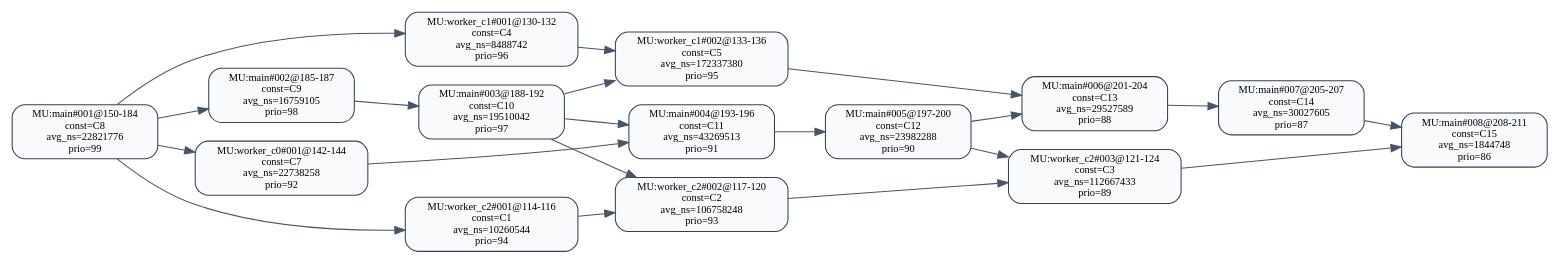
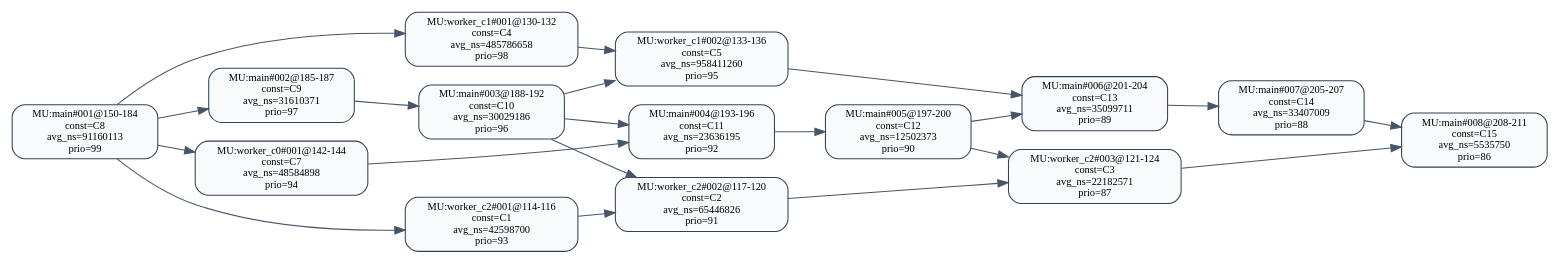
Before and after one commit to RTS-SYSU/DAG-Gen: the diagram in 中间结果/zhang2/pipeline/validation/level2/effective_line_merge/lpf/dag_seg_annotated.dot, drawn with Graphviz. The commit also changed 3421 other files, not shown here.

```diff
--- a/中间结果/zhang2/pipeline/validation/level2/effective_line_merge/lpf/dag_seg_annotated.dot
+++ b/中间结果/zhang2/pipeline/validation/level2/effective_line_merge/lpf/dag_seg_annotated.dot
@@ -1,38 +1,38 @@
 digraph dag_seg_annotated {
   rankdir=LR;
   node [shape=box, style="rounded,filled", fillcolor="#F8FAFC", color="#334155", fontsize=10];
   edge [color="#475569"];
-  "MU:main#001@150-184" [label="MU:main#001@150-184\nconst=C8\navg_ns=22821776\nprio=99"];
-  "MU:main#002@185-187" [label="MU:main#002@185-187\nconst=C9\navg_ns=16759105\nprio=98"];
-  "MU:main#003@188-192" [label="MU:main#003@188-192\nconst=C10\navg_ns=19510042\nprio=97"];
-  "MU:main#004@193-196" [label="MU:main#004@193-196\nconst=C11\navg_ns=43269513\nprio=91"];
-  "MU:main#005@197-200" [label="MU:main#005@197-200\nconst=C12\navg_ns=23982288\nprio=90"];
-  "MU:main#006@201-204" [label="MU:main#006@201-204\nconst=C13\navg_ns=29527589\nprio=88"];
-  "MU:main#007@205-207" [label="MU:main#007@205-207\nconst=C14\navg_ns=30027605\nprio=87"];
-  "MU:main#008@208-211" [label="MU:main#008@208-211\nconst=C15\navg_ns=1844748\nprio=86"];
-  "MU:worker_c0#001@142-144" [label="MU:worker_c0#001@142-144\nconst=C7\navg_ns=22738258\nprio=92"];
-  "MU:worker_c1#001@130-132" [label="MU:worker_c1#001@130-132\nconst=C4\navg_ns=8488742\nprio=96"];
-  "MU:worker_c1#002@133-136" [label="MU:worker_c1#002@133-136\nconst=C5\navg_ns=172337380\nprio=95"];
-  "MU:worker_c2#001@114-116" [label="MU:worker_c2#001@114-116\nconst=C1\navg_ns=10260544\nprio=94"];
-  "MU:worker_c2#002@117-120" [label="MU:worker_c2#002@117-120\nconst=C2\navg_ns=106758248\nprio=93"];
-  "MU:worker_c2#003@121-124" [label="MU:worker_c2#003@121-124\nconst=C3\navg_ns=112667433\nprio=89"];
+  "MU:main#001@150-184" [label="MU:main#001@150-184\nconst=C8\navg_ns=91160113\nprio=99"];
+  "MU:main#002@185-187" [label="MU:main#002@185-187\nconst=C9\navg_ns=31610371\nprio=97"];
+  "MU:main#003@188-192" [label="MU:main#003@188-192\nconst=C10\navg_ns=30029186\nprio=96"];
+  "MU:main#004@193-196" [label="MU:main#004@193-196\nconst=C11\navg_ns=23636195\nprio=92"];
+  "MU:main#005@197-200" [label="MU:main#005@197-200\nconst=C12\navg_ns=12502373\nprio=90"];
+  "MU:main#006@201-204" [label="MU:main#006@201-204\nconst=C13\navg_ns=35099711\nprio=89"];
+  "MU:main#007@205-207" [label="MU:main#007@205-207\nconst=C14\navg_ns=33407009\nprio=88"];
+  "MU:main#008@208-211" [label="MU:main#008@208-211\nconst=C15\navg_ns=5535750\nprio=86"];
+  "MU:worker_c0#001@142-144" [label="MU:worker_c0#001@142-144\nconst=C7\navg_ns=48584898\nprio=94"];
+  "MU:worker_c1#001@130-132" [label="MU:worker_c1#001@130-132\nconst=C4\navg_ns=485786658\nprio=98"];
+  "MU:worker_c1#002@133-136" [label="MU:worker_c1#002@133-136\nconst=C5\navg_ns=958411260\nprio=95"];
+  "MU:worker_c2#001@114-116" [label="MU:worker_c2#001@114-116\nconst=C1\navg_ns=42598700\nprio=93"];
+  "MU:worker_c2#002@117-120" [label="MU:worker_c2#002@117-120\nconst=C2\navg_ns=65446826\nprio=91"];
+  "MU:worker_c2#003@121-124" [label="MU:worker_c2#003@121-124\nconst=C3\navg_ns=22182571\nprio=87"];
   "MU:worker_c2#001@114-116" -> "MU:worker_c2#002@117-120";
   "MU:worker_c2#002@117-120" -> "MU:worker_c2#003@121-124";
   "MU:worker_c1#001@130-132" -> "MU:worker_c1#002@133-136";
   "MU:main#001@150-184" -> "MU:main#002@185-187";
   "MU:main#002@185-187" -> "MU:main#003@188-192";
   "MU:main#003@188-192" -> "MU:main#004@193-196";
   "MU:main#004@193-196" -> "MU:main#005@197-200";
   "MU:main#005@197-200" -> "MU:main#006@201-204";
   "MU:main#006@201-204" -> "MU:main#007@205-207";
   "MU:main#007@205-207" -> "MU:main#008@208-211";
   "MU:main#001@150-184" -> "MU:worker_c0#001@142-144";
   "MU:main#001@150-184" -> "MU:worker_c1#001@130-132";
   "MU:main#001@150-184" -> "MU:worker_c2#001@114-116";
   "MU:worker_c0#001@142-144" -> "MU:main#004@193-196";
   "MU:worker_c1#002@133-136" -> "MU:main#006@201-204";
   "MU:worker_c2#003@121-124" -> "MU:main#008@208-211";
   "MU:main#003@188-192" -> "MU:worker_c2#002@117-120";
   "MU:main#005@197-200" -> "MU:worker_c2#003@121-124";
   "MU:main#003@188-192" -> "MU:worker_c1#002@133-136";
 }
```
